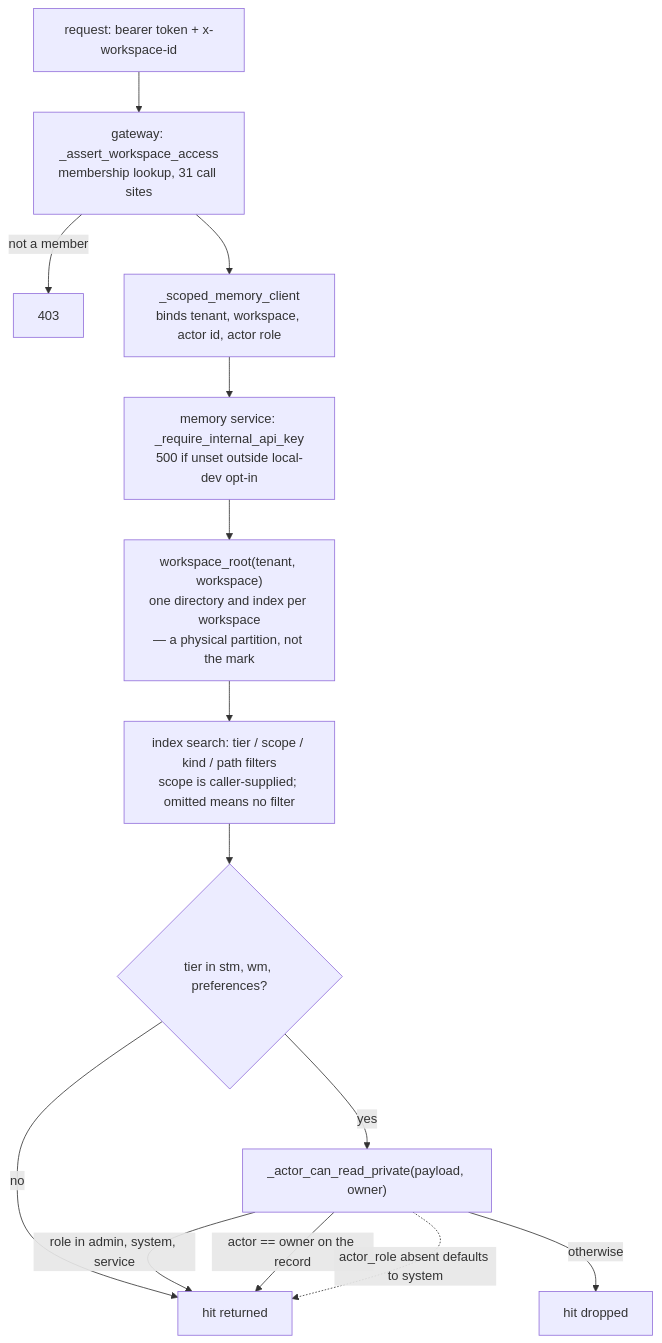
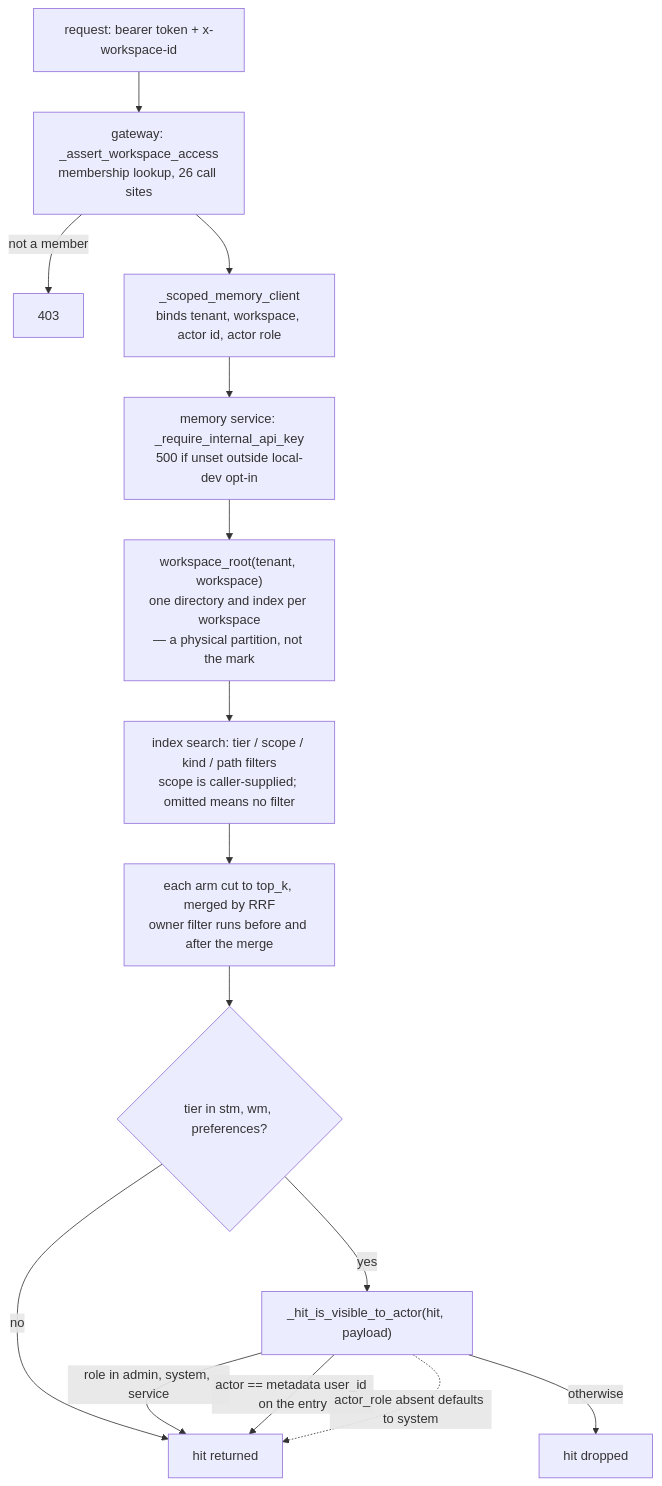
One commit to neoneye/agent-memory-atlas changed the diagram in content/systems/agent-memoryforge.md. Above: the diagram before and after it, drawn with Mermaid. The commit also changed other lines of this file and 8 other files, not shown here.

````diff
--- a/content/systems/agent-memoryforge.md
+++ b/content/systems/agent-memoryforge.md
@@ -100,17 +132,18 @@
 ```mermaid
 %% caption: three boundaries stack, and only the innermost is a predicate on the record — the outer two are a directory per workspace and a facet the caller chooses, so the owner check is what stands between two users of one workspace
 flowchart TD
-    R["request: bearer token + x-workspace-id"] --> A["gateway: _assert_workspace_access<br/>membership lookup, 31 call sites"]
+    R["request: bearer token + x-workspace-id"] --> A["gateway: _assert_workspace_access<br/>membership lookup, 26 call sites"]
     A -->|"not a member"| D1["403"]
     A --> B["_scoped_memory_client<br/>binds tenant, workspace, actor id, actor role"]
     B --> C["memory service: _require_internal_api_key<br/>500 if unset outside local-dev opt-in"]
     C --> P["workspace_root(tenant, workspace)<br/>one directory and index per workspace<br/>— a physical partition, not the mark"]
     P --> F["index search: tier / scope / kind / path filters<br/>scope is caller-supplied; omitted means no filter"]
-    F --> O{"tier in stm, wm, preferences?"}
+    F --> K["each arm cut to top_k, merged by RRF<br/>owner filter runs before and after the merge"]
+    K --> O{"tier in stm, wm, preferences?"}
     O -->|"no"| H["hit returned"]
-    O -->|"yes"| G["_actor_can_read_private(payload, owner)"]
+    O -->|"yes"| G["_hit_is_visible_to_actor(hit, payload)"]
     G -->|"role in admin, system, service"| H
-    G -->|"actor == owner on the record"| H
+    G -->|"actor == metadata user_id on the entry"| H
     G -->|"otherwise"| X["hit dropped"]
     G -.->|"actor_role absent defaults to system"| H
 ```
````
